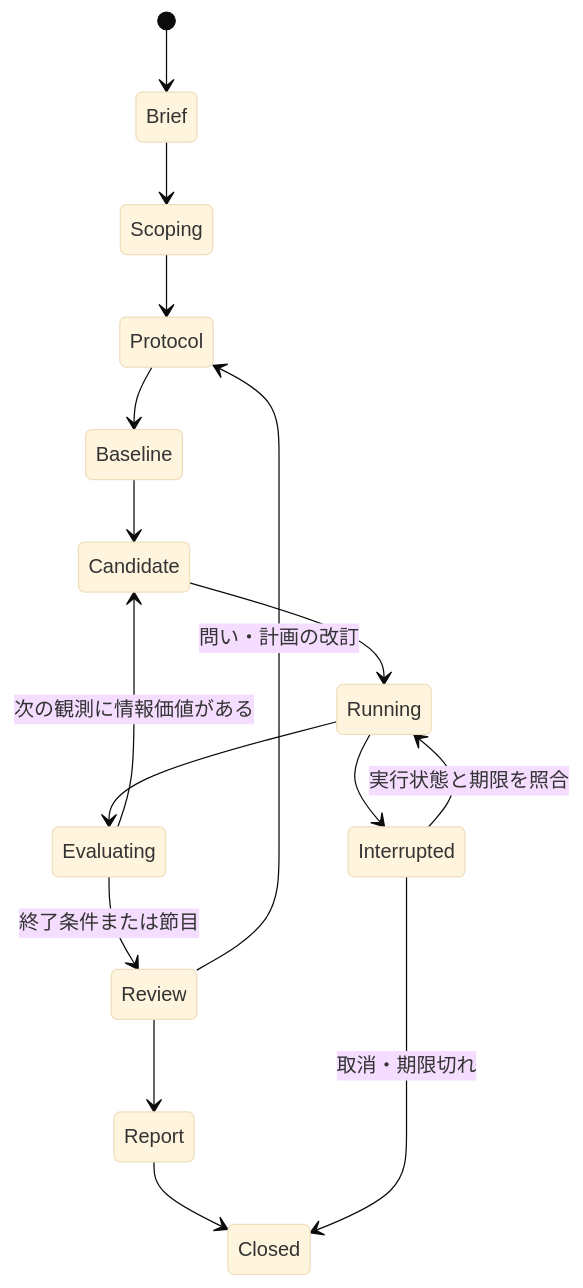
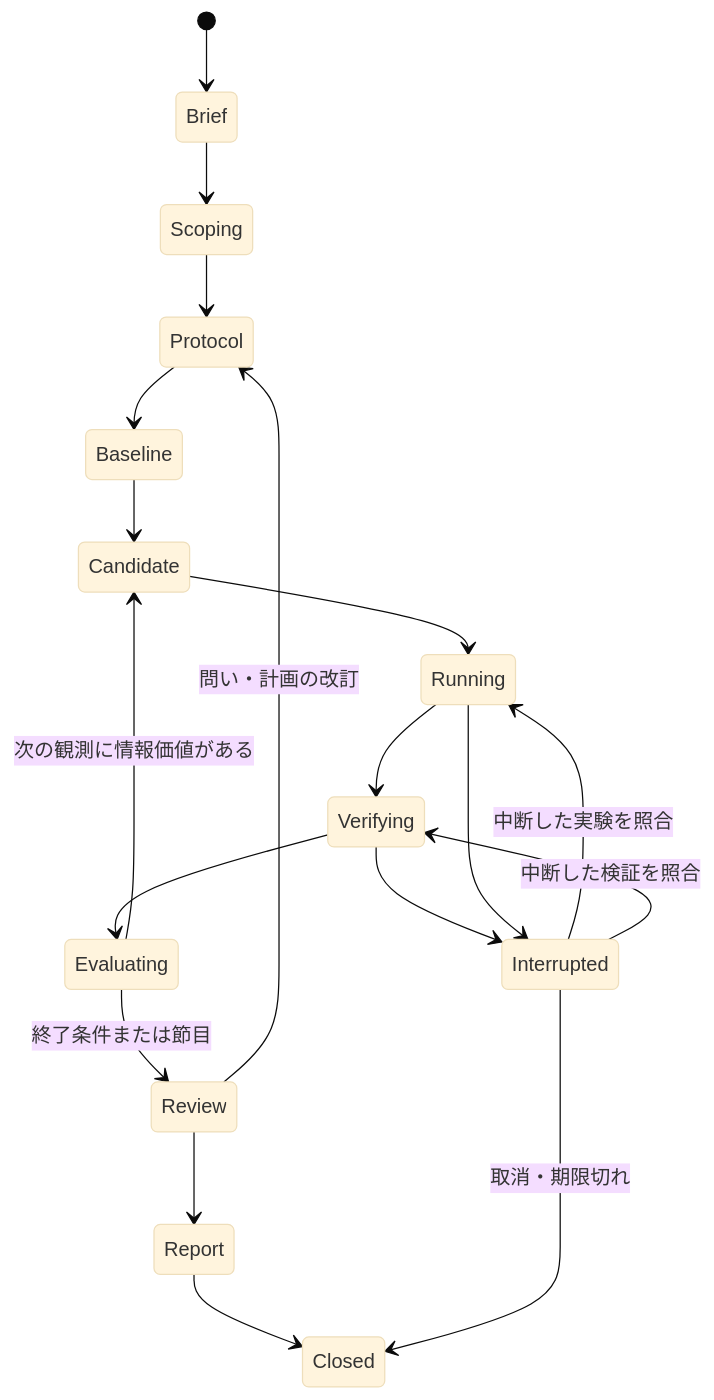
Before and after one commit to moruku36/ai-agent-scientist: the diagram in docs/04-research-workflow.ja.md, drawn with Mermaid (base theme). The commit also changed other lines of this file and 41 other files, not shown here.

````diff
--- a/docs/04-research-workflow.ja.md
+++ b/docs/04-research-workflow.ja.md
@@ -7,18 +7,21 @@
 ```mermaid
 stateDiagram-v2
     [*] --> Brief
     Brief --> Scoping
     Scoping --> Protocol
     Protocol --> Baseline
     Baseline --> Candidate
     Candidate --> Running
-    Running --> Evaluating
+    Running --> Verifying
+    Verifying --> Evaluating
+    Verifying --> Interrupted
     Evaluating --> Candidate: 次の観測に情報価値がある
     Evaluating --> Review: 終了条件または節目
     Review --> Protocol: 問い・計画の改訂
     Review --> Report
     Report --> Closed
     Running --> Interrupted
-    Interrupted --> Running: 実行状態と期限を照合
+    Interrupted --> Running: 中断した実験を照合
+    Interrupted --> Verifying: 中断した検証を照合
     Interrupted --> Closed: 取消・期限切れ
 ```
````
